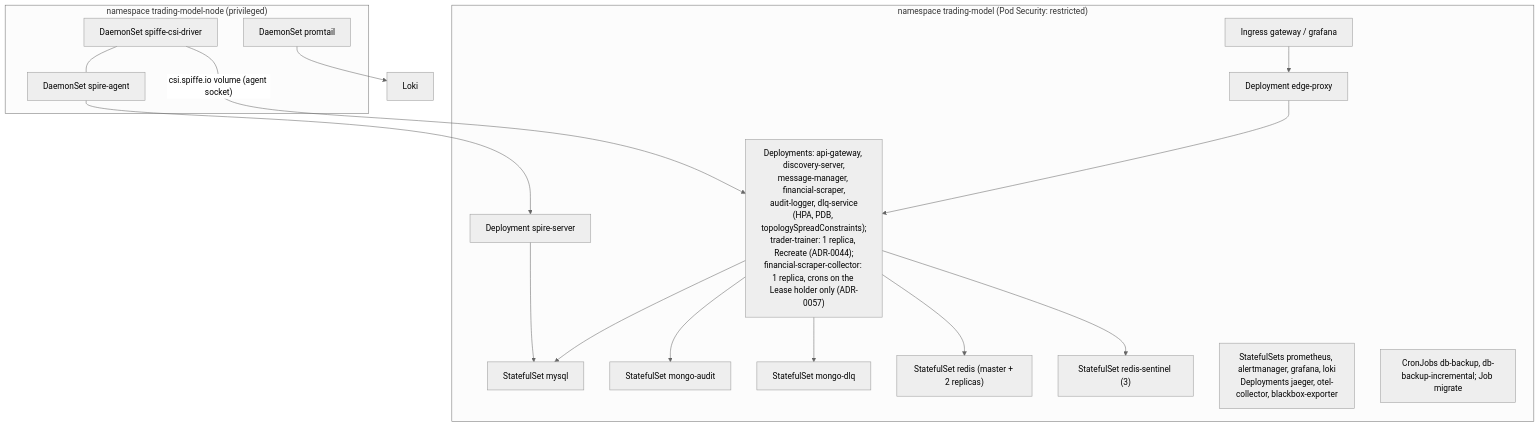
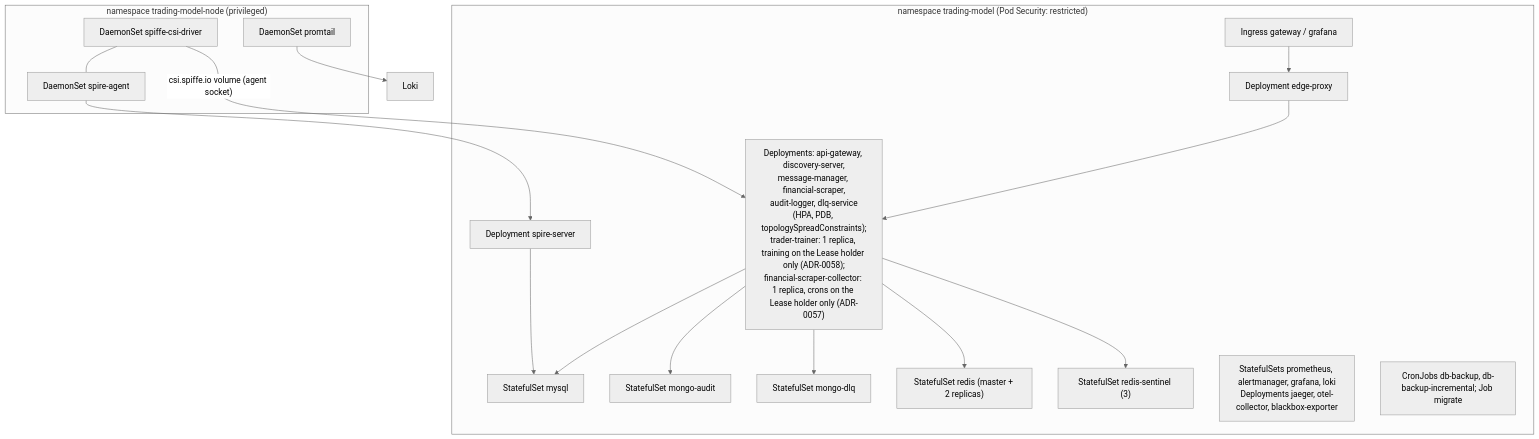
One commit to docteur-turboss/trading-model changed the third of 4 diagrams in docs/architecture/system-overview.md. Above: the diagram before and after it, drawn with Mermaid (neutral theme). The commit also changed 8 other files, not shown here.

First line of the commit message:
:memo:(docs): ADR-0058 amends ADR-0044, runbook and deploy docs for the trainer Lease

````diff
--- a/docs/architecture/system-overview.md
+++ b/docs/architecture/system-overview.md
@@ -78,24 +78,24 @@
 ```mermaid
 flowchart TB
   subgraph tm["namespace trading-model (Pod Security: restricted)"]
     ing["Ingress gateway / grafana"] --> edge["Deployment edge-proxy"]
-    edge --> svc["Deployments: api-gateway, discovery-server,<br/>message-manager, financial-scraper,<br/>audit-logger, dlq-service<br/>(HPA, PDB, topologySpreadConstraints);<br/>trader-trainer: 1 replica, Recreate (ADR-0044);<br/>financial-scraper-collector: 1 replica, crons on the Lease holder only (ADR-0057)"]
+    edge --> svc["Deployments: api-gateway, discovery-server,<br/>message-manager, financial-scraper,<br/>audit-logger, dlq-service<br/>(HPA, PDB, topologySpreadConstraints);<br/>trader-trainer: 1 replica, training on the Lease holder only (ADR-0058);<br/>financial-scraper-collector: 1 replica, crons on the Lease holder only (ADR-0057)"]
     svc --> mysql["StatefulSet mysql"]
     svc --> mA["StatefulSet mongo-audit"]
     svc --> mD["StatefulSet mongo-dlq"]
     svc --> rd["StatefulSet redis (master + 2 replicas)"]
     svc --> rs["StatefulSet redis-sentinel (3)"]
     ss["Deployment spire-server"] --> mysql
     obs["StatefulSets prometheus, alertmanager, grafana, loki<br/>Deployments jaeger, otel-collector, blackbox-exporter"]
     jobs["CronJobs db-backup, db-backup-incremental; Job migrate"]
   end
   subgraph node["namespace trading-model-node (privileged)"]
     agent["DaemonSet spire-agent"]
     csi["DaemonSet spiffe-csi-driver"]
     pt["DaemonSet promtail"]
   end
   csi -->|"csi.spiffe.io volume (agent socket)"| svc
   agent --> ss
   csi --- agent
   pt --> loki["Loki"]
 ```
````
